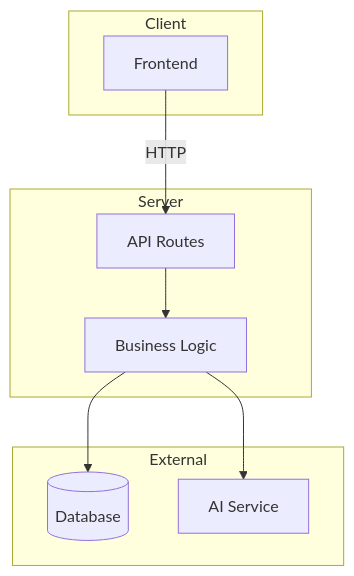
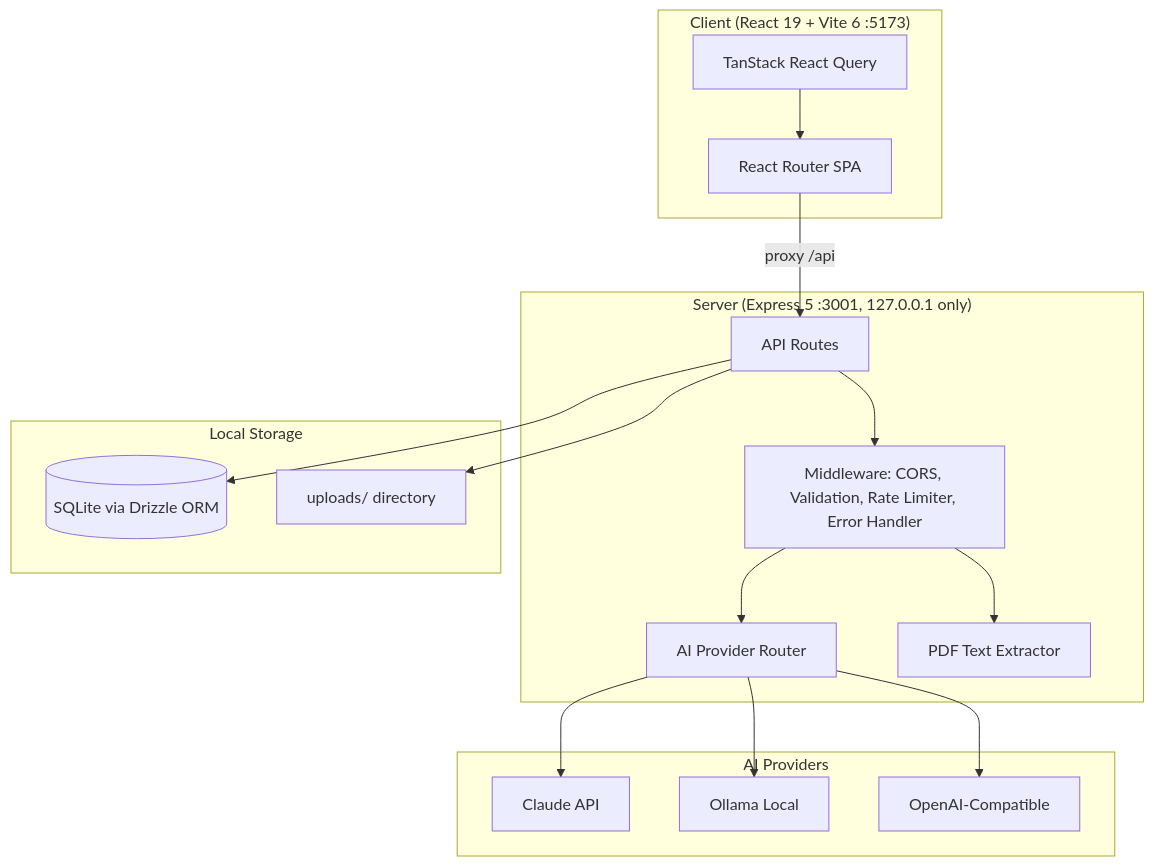
One commit to AgentTT5518/personal_assistant_home changed the diagram in ARCHITECTURE.md. Above: the diagram before and after it, drawn with Mermaid. The commit also changed other lines of this file and 44 other files, not shown here.

First line of the commit message:
feat: Phase 1A foundation — full stack scaffold with AI provider system

````diff
--- a/ARCHITECTURE.md
+++ b/ARCHITECTURE.md
@@ -9,21 +9,36 @@
 ```mermaid
 graph TB
-    subgraph Client
-        UI[Frontend]
+    subgraph Client ["Client (React 19 + Vite 6 :5173)"]
+        UI[React Router SPA]
+        RQ[TanStack React Query]
     end
 
-    subgraph Server
+    subgraph Server ["Server (Express 5 :3001, 127.0.0.1 only)"]
         API[API Routes]
-        BL[Business Logic]
+        MW[Middleware: CORS, Validation, Rate Limiter, Error Handler]
+        AIR[AI Provider Router]
+        PDF[PDF Text Extractor]
     end
 
-    subgraph External
-        DB[(Database)]
-        AI[AI Service]
+    subgraph Providers ["AI Providers"]
+        Claude[Claude API]
+        Ollama[Ollama Local]
+        OAI[OpenAI-Compatible]
     end
 
-    UI -->|HTTP| API
-    API --> BL
-    BL --> DB
-    BL --> AI
+    subgraph Storage ["Local Storage"]
+        DB[(SQLite via Drizzle ORM)]
+        FS[uploads/ directory]
+    end
+
+    UI -->|proxy /api| API
+    RQ --> UI
+    API --> MW
+    MW --> AIR
+    MW --> PDF
+    AIR --> Claude
+    AIR --> Ollama
+    AIR --> OAI
+    API --> DB
+    API --> FS
 ```
````
